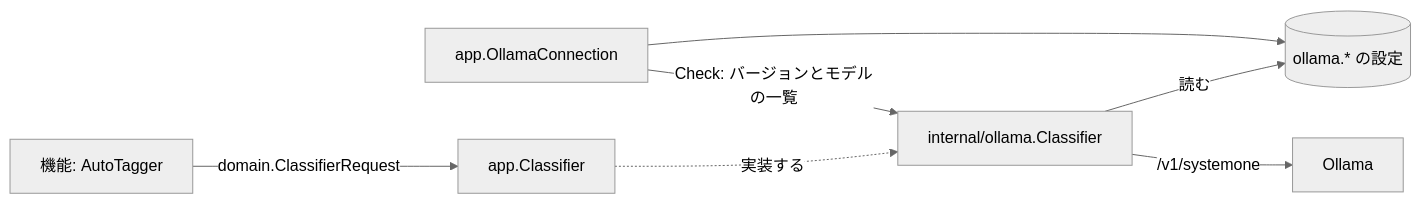
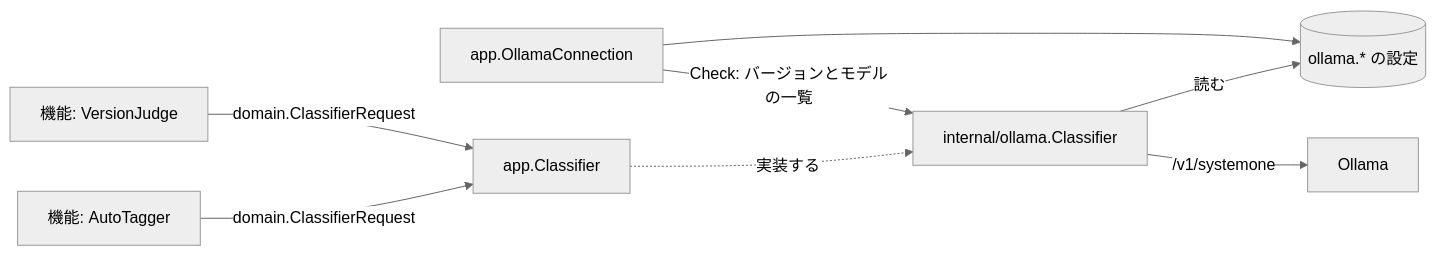
The diagram in translations/ja/docs/design-docs/ai-layer.md (syudead/vv), drawn with Mermaid (neutral theme) before and after one commit. The commit also changed other lines of this file and 3 other files, not shown here.

````diff
--- a/translations/ja/docs/design-docs/ai-layer.md
+++ b/translations/ja/docs/design-docs/ai-layer.md
@@ -10,9 +10,10 @@
 ```mermaid
 flowchart LR
   feature[機能: AutoTagger] -->|domain.ClassifierRequest| port[app.Classifier]
+  judge[機能: VersionJudge] -->|domain.ClassifierRequest| port
   port -.->|実装する| ollama[internal/ollama.Classifier]
   ollama -->|読む| settings[(ollama.* の設定)]
   ollama -->|/v1/systemone| server[Ollama]
   conn[app.OllamaConnection] --> settings
   conn -->|Check: バージョンとモデルの一覧| ollama
 ```
````
